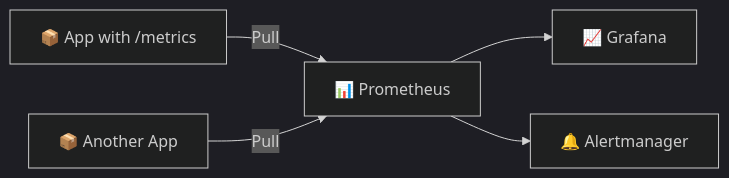
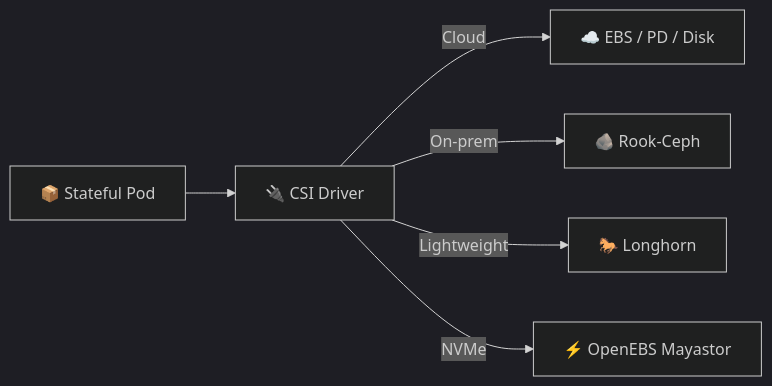
The seventh of 11 diagrams in lectures/lec15.md (inno-devops-labs/DevOps-Core-Course), drawn with Mermaid (dark theme) before and after one commit. The commit also changed other lines of this file and 24 other files, not shown here.

````diff
--- a/lectures/lec15.md
+++ b/lectures/lec15.md
@@ -443,7 +335,8 @@
 ```mermaid
 flowchart LR
-  A[📦 App with /metrics] --> |Pull| B[📊 Prometheus]
-  C[📦 Another App] --> |Pull| B
-  B --> D[📈 Grafana]
-  B --> E[🔔 Alertmanager]
+  App[📦 Stateful Pod] --> CSI[🔌 CSI Driver]
+  CSI -->|Cloud| EBS[☁️ EBS / PD / Disk]
+  CSI -->|On-prem| Rook[🪨 Rook-Ceph]
+  CSI -->|Lightweight| LH[🐎 Longhorn]
+  CSI -->|NVMe| OE[⚡ OpenEBS Mayastor]
 ```
````
